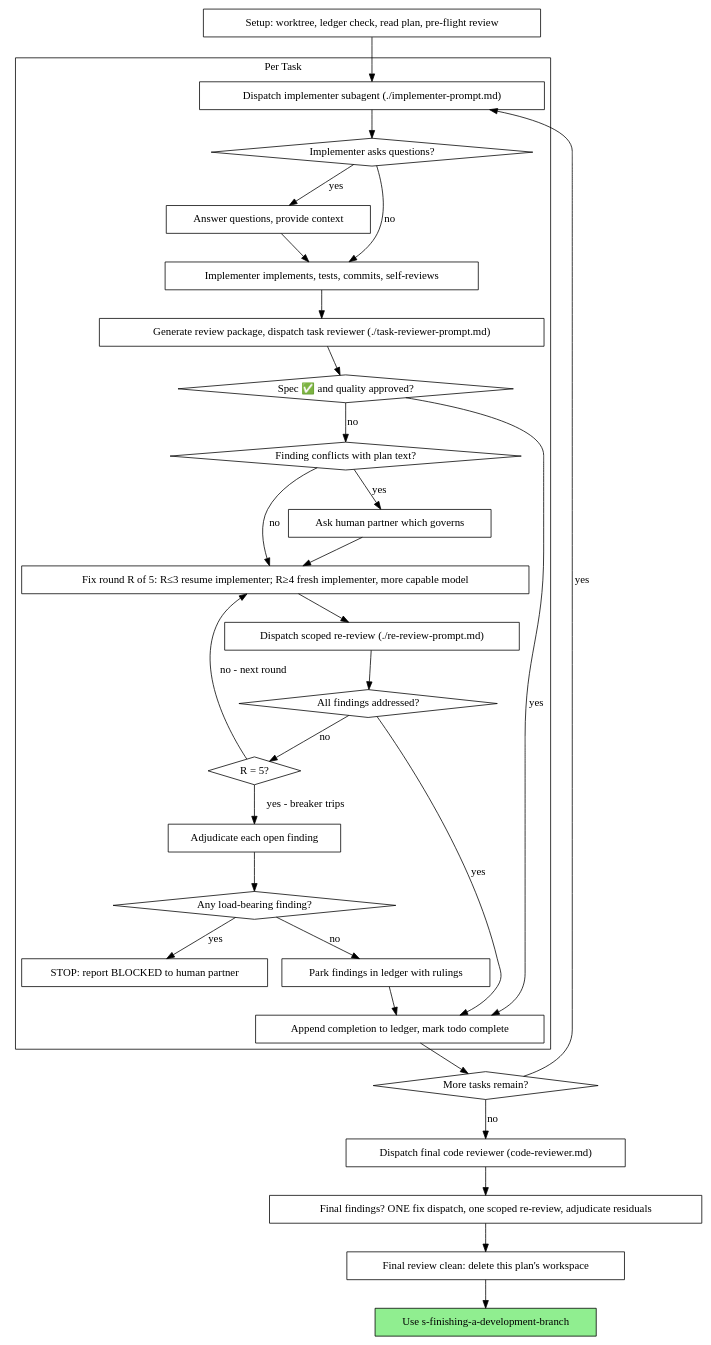
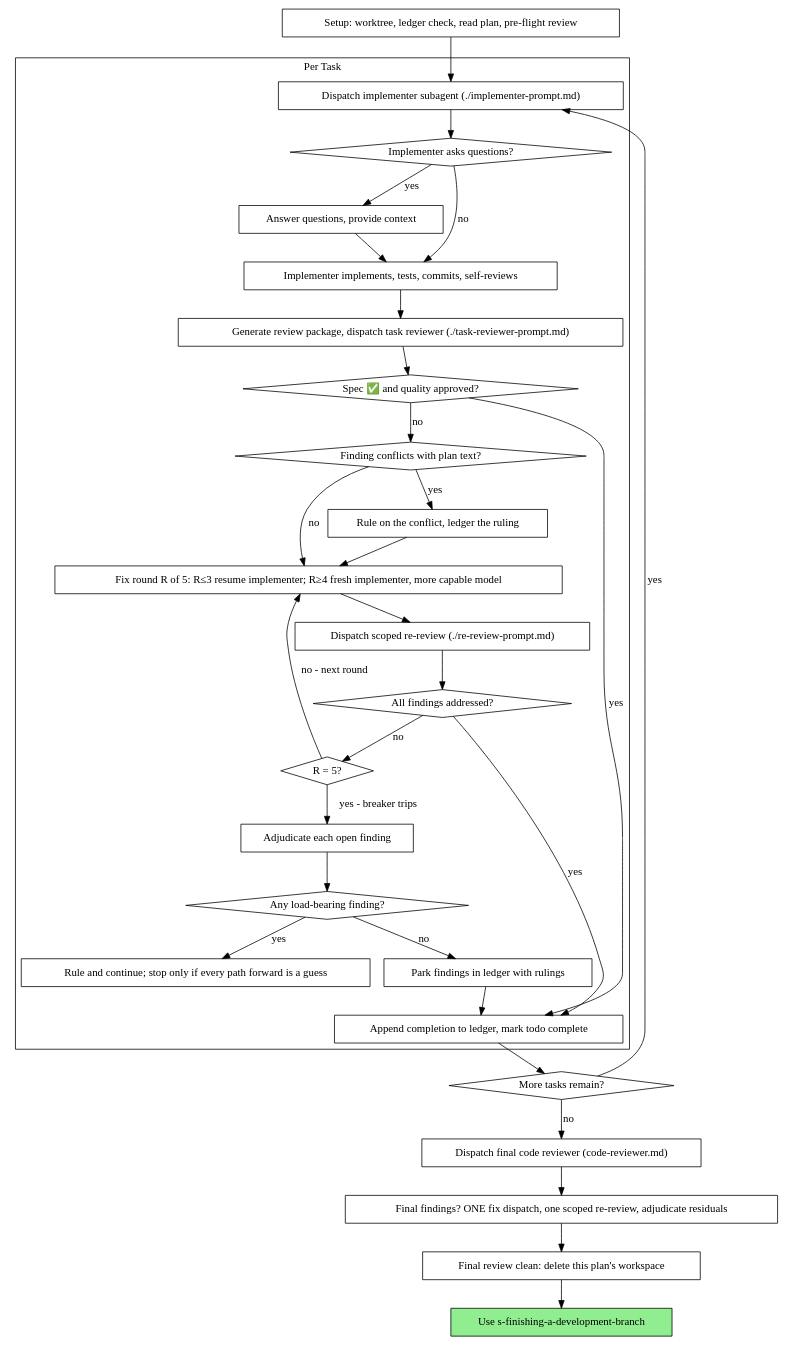
The second of 2 diagrams in disabled/s-subagent-driven-development/SKILL.md (lsimons/lsimons-skills), drawn with Graphviz before and after one commit. The commit also changed other lines of this file and 85 other files, not shown here.

````diff
--- a/disabled/s-subagent-driven-development/SKILL.md
+++ b/disabled/s-subagent-driven-development/SKILL.md
@@ -47,62 +61,62 @@
 ```dot
 digraph process {
     rankdir=TB;
 
     subgraph cluster_per_task {
         label="Per Task";
         "Dispatch implementer subagent (./implementer-prompt.md)" [shape=box];
         "Implementer asks questions?" [shape=diamond];
         "Answer questions, provide context" [shape=box];
         "Implementer implements, tests, commits, self-reviews" [shape=box];
         "Generate review package, dispatch task reviewer (./task-reviewer-prompt.md)" [shape=box];
         "Spec ✅ and quality approved?" [shape=diamond];
         "Finding conflicts with plan text?" [shape=diamond];
-        "Ask human partner which governs" [shape=box];
+        "Rule on the conflict, ledger the ruling" [shape=box];
         "Fix round R of 5: R≤3 resume implementer; R≥4 fresh implementer, more capable model" [shape=box];
         "Dispatch scoped re-review (./re-review-prompt.md)" [shape=box];
         "All findings addressed?" [shape=diamond];
         "R = 5?" [shape=diamond];
         "Adjudicate each open finding" [shape=box];
         "Any load-bearing finding?" [shape=diamond];
-        "STOP: report BLOCKED to human partner" [shape=box];
+        "Rule and continue; stop only if every path forward is a guess" [shape=box];
         "Park findings in ledger with rulings" [shape=box];
         "Append completion to ledger, mark todo complete" [shape=box];
     }
 
     "Setup: worktree, ledger check, read plan, pre-flight review" [shape=box];
     "More tasks remain?" [shape=diamond];
     "Dispatch final code reviewer (code-reviewer.md)" [shape=box];
     "Final findings? ONE fix dispatch, one scoped re-review, adjudicate residuals" [shape=box];
     "Final review clean: delete this plan's workspace" [shape=box];
     "Use s-finishing-a-development-branch" [shape=box style=filled fillcolor=lightgreen];
 
     "Setup: worktree, ledger check, read plan, pre-flight review" -> "Dispatch implementer subagent (./implementer-prompt.md)";
     "Dispatch implementer subagent (./implementer-prompt.md)" -> "Implementer asks questions?";
     "Implementer asks questions?" -> "Answer questions, provide context" [label="yes"];
     "Answer questions, provide context" -> "Implementer implements, tests, commits, self-reviews";
     "Implementer asks questions?" -> "Implementer implements, tests, commits, self-reviews" [label="no"];
     "Implementer implements, tests, commits, self-reviews" -> "Generate review package, dispatch task reviewer (./task-reviewer-prompt.md)";
     "Generate review package, dispatch task reviewer (./task-reviewer-prompt.md)" -> "Spec ✅ and quality approved?";
     "Spec ✅ and quality approved?" -> "Append completion to ledger, mark todo complete" [label="yes"];
     "Spec ✅ and quality approved?" -> "Finding conflicts with plan text?" [label="no"];
-    "Finding conflicts with plan text?" -> "Ask human partner which governs" [label="yes"];
-    "Ask human partner which governs" -> "Fix round R of 5: R≤3 resume implementer; R≥4 fresh implementer, more capable model";
+    "Finding conflicts with plan text?" -> "Rule on the conflict, ledger the ruling" [label="yes"];
+    "Rule on the conflict, ledger the ruling" -> "Fix round R of 5: R≤3 resume implementer; R≥4 fresh implementer, more capable model";
     "Finding conflicts with plan text?" -> "Fix round R of 5: R≤3 resume implementer; R≥4 fresh implementer, more capable model" [label="no"];
     "Fix round R of 5: R≤3 resume implementer; R≥4 fresh implementer, more capable model" -> "Dispatch scoped re-review (./re-review-prompt.md)";
     "Dispatch scoped re-review (./re-review-prompt.md)" -> "All findings addressed?";
     "All findings addressed?" -> "Append completion to ledger, mark todo complete" [label="yes"];
     "All findings addressed?" -> "R = 5?" [label="no"];
     "R = 5?" -> "Fix round R of 5: R≤3 resume implementer; R≥4 fresh implementer, more capable model" [label="no - next round"];
     "R = 5?" -> "Adjudicate each open finding" [label="yes - breaker trips"];
     "Adjudicate each open finding" -> "Any load-bearing finding?";
-    "Any load-bearing finding?" -> "STOP: report BLOCKED to human partner" [label="yes"];
+    "Any load-bearing finding?" -> "Rule and continue; stop only if every path forward is a guess" [label="yes"];
     "Any load-bearing finding?" -> "Park findings in ledger with rulings" [label="no"];
     "Park findings in ledger with rulings" -> "Append completion to ledger, mark todo complete";
     "Append completion to ledger, mark todo complete" -> "More tasks remain?";
     "More tasks remain?" -> "Dispatch implementer subagent (./implementer-prompt.md)" [label="yes"];
     "More tasks remain?" -> "Dispatch final code reviewer (code-reviewer.md)" [label="no"];
     "Dispatch final code reviewer (code-reviewer.md)" -> "Final findings? ONE fix dispatch, one scoped re-review, adjudicate residuals";
     "Final findings? ONE fix dispatch, one scoped re-review, adjudicate residuals" -> "Final review clean: delete this plan's workspace";
     "Final review clean: delete this plan's workspace" -> "Use s-finishing-a-development-branch";
 }
 ```
````
